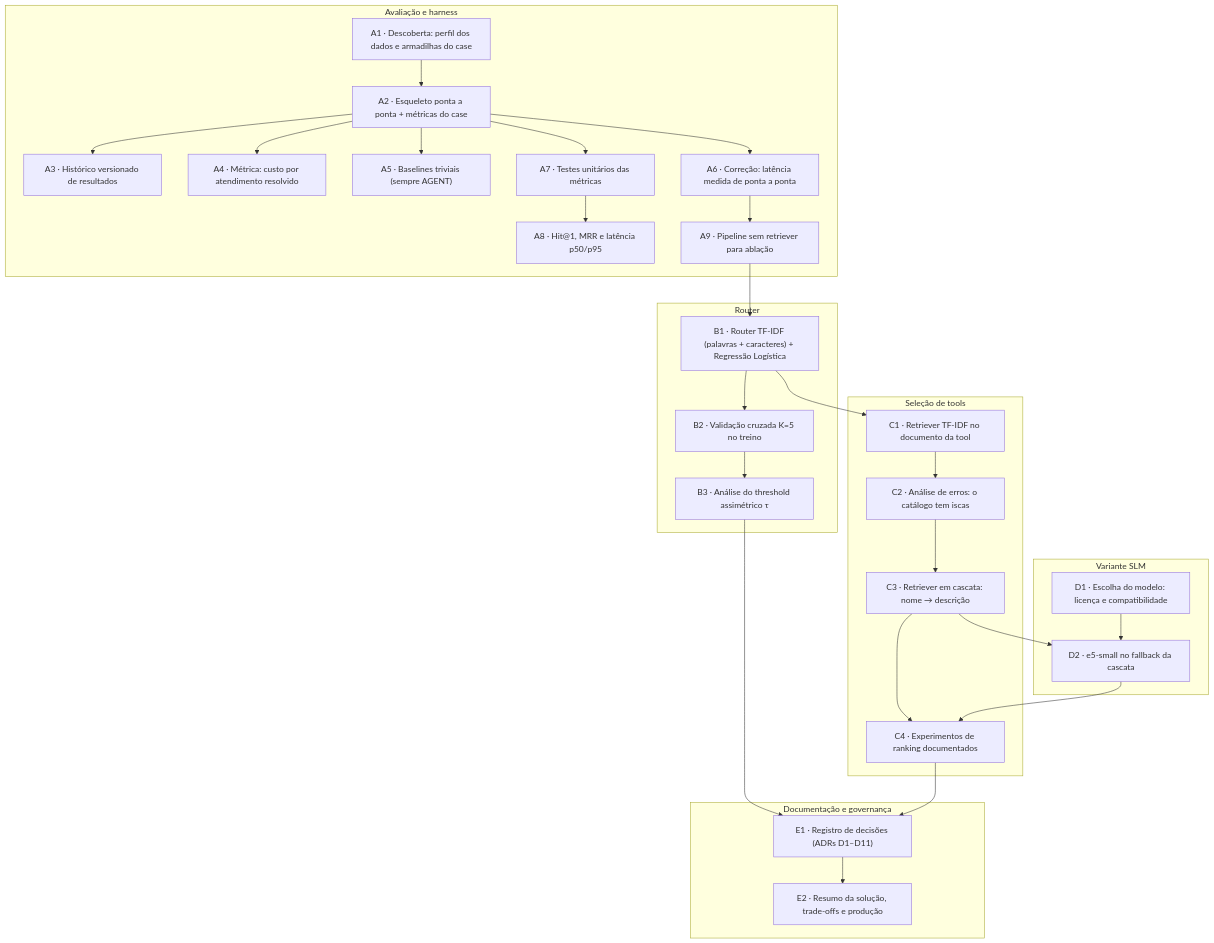
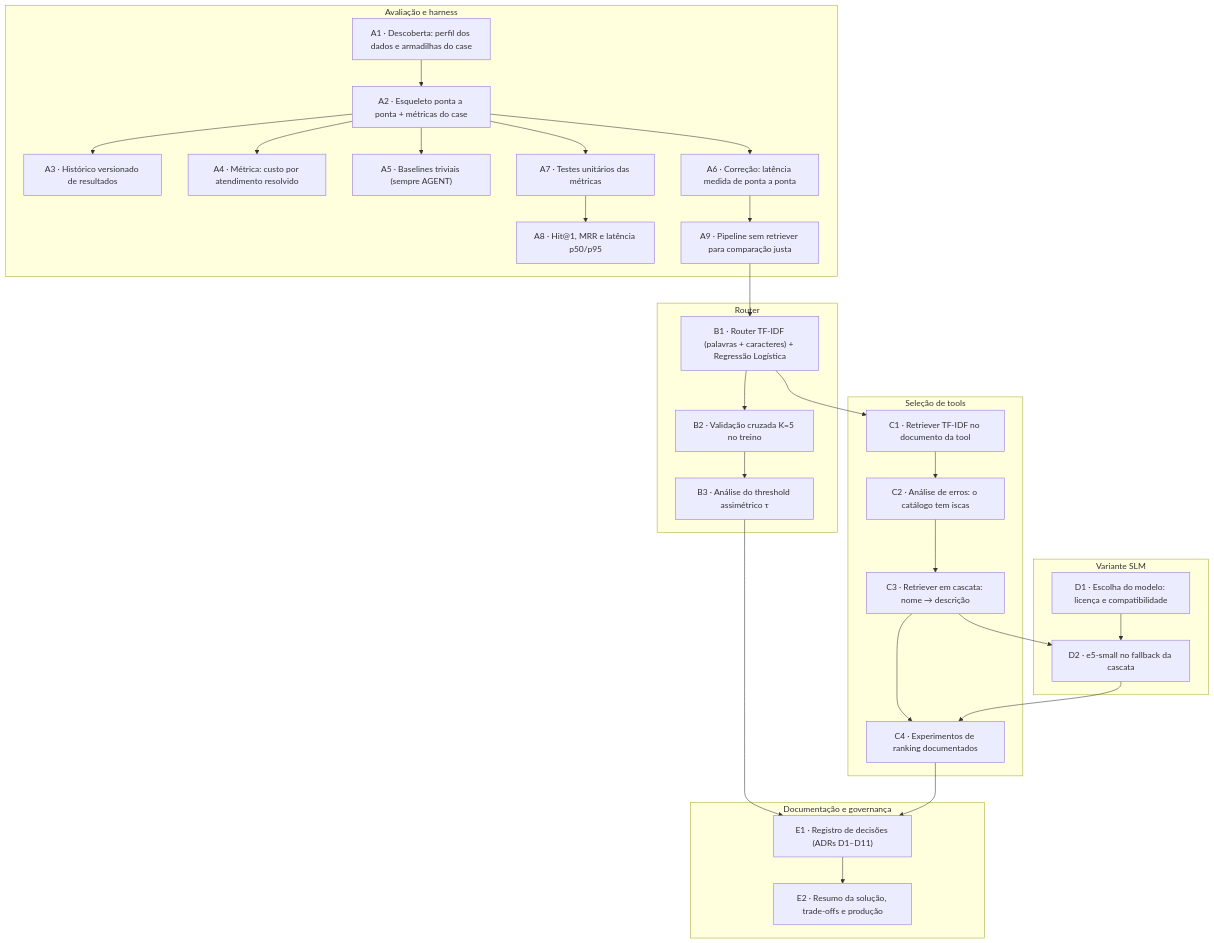
Before and after one commit to AlvinoL/case-agents: the second of 2 diagrams in KANBAN.md, drawn with Mermaid. The commit also changed other lines of this file and 2 other files, not shown here.

Commit message:
docs: troca o termo 'ablação' por construção incremental (melhoria contínua)

````diff
--- a/KANBAN.md
+++ b/KANBAN.md
@@ -132,54 +132,54 @@
 ```mermaid
 flowchart TB
   subgraph A["Avaliação e harness"]
     A1["A1 · Descoberta: perfil dos dados e armadilhas do case"]
     A2["A2 · Esqueleto ponta a ponta + métricas do case"]
     A3["A3 · Histórico versionado de resultados"]
     A4["A4 · Métrica: custo por atendimento resolvido"]
     A5["A5 · Baselines triviais (sempre AGENT)"]
     A6["A6 · Correção: latência medida de ponta a ponta"]
     A7["A7 · Testes unitários das métricas"]
     A8["A8 · Hit@1, MRR e latência p50/p95"]
-    A9["A9 · Pipeline sem retriever para ablação"]
+    A9["A9 · Pipeline sem retriever para comparação justa"]
   end
   subgraph B["Router"]
     B1["B1 · Router TF-IDF (palavras + caracteres) + Regressão Logística"]
     B2["B2 · Validação cruzada K=5 no treino"]
     B3["B3 · Análise do threshold assimétrico τ"]
   end
   subgraph C["Seleção de tools"]
     C1["C1 · Retriever TF-IDF no documento da tool"]
     C2["C2 · Análise de erros: o catálogo tem iscas"]
     C3["C3 · Retriever em cascata: nome → descrição"]
     C4["C4 · Experimentos de ranking documentados"]
   end
   subgraph D["Variante SLM"]
     D1["D1 · Escolha do modelo: licença e compatibilidade"]
     D2["D2 · e5-small no fallback da cascata"]
   end
   subgraph E["Documentação e governança"]
     E1["E1 · Registro de decisões (ADRs D1–D11)"]
     E2["E2 · Resumo da solução, trade-offs e produção"]
   end
   A1 --> A2
   A2 --> A3
   A2 --> A4
   A2 --> A5
   A2 --> A6
   A2 --> A7
   A7 --> A8
   A6 --> A9
   A9 --> B1
   B1 --> B2
   B2 --> B3
   B1 --> C1
   C1 --> C2
   C2 --> C3
   C3 --> C4
   D2 --> C4
   C3 --> D2
   D1 --> D2
   B3 --> E1
   C4 --> E1
   E1 --> E2
 ```
````
